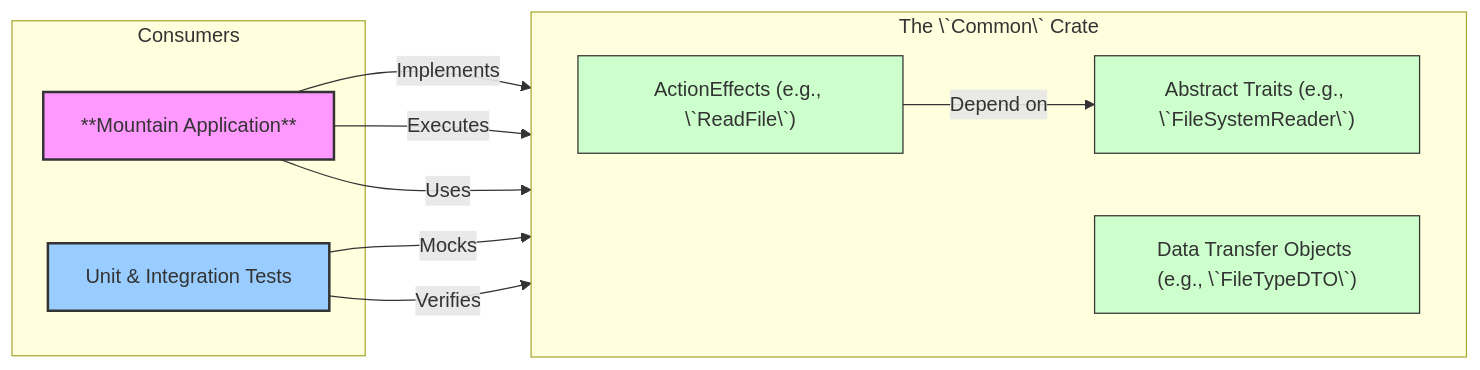
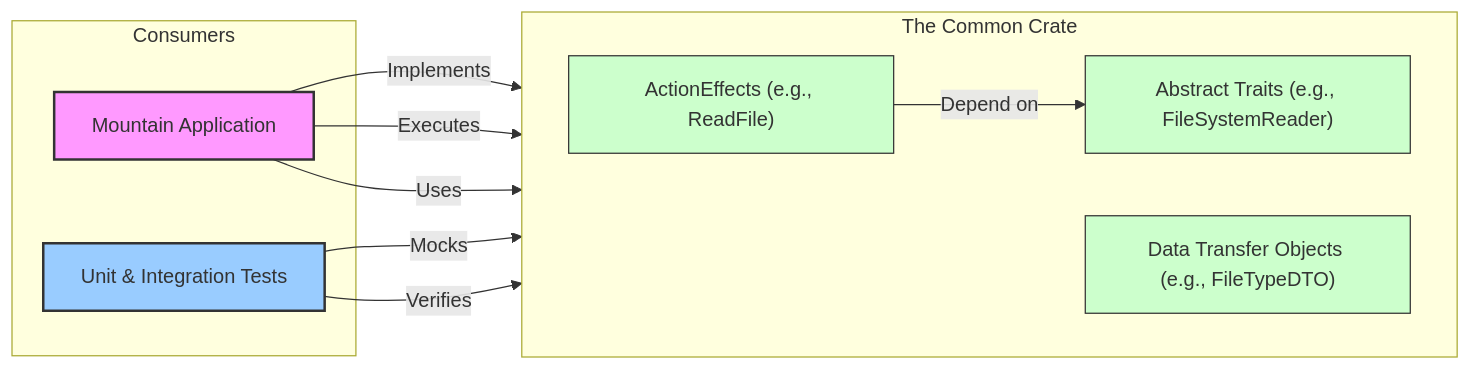
The diagram in README.md (CodeEditorLand/Common), drawn with Mermaid before and after one commit. The commit also changed other lines of this file, not shown here.

First line of the commit message:
docs(Common): Expand README with comprehensive documentation

````diff
--- a/README.md
+++ b/README.md
@@ -40,27 +190,27 @@
 ```mermaid
 graph LR
     classDef Mountain fill:#f9f,stroke:#333,stroke-width:2px;
     classDef Common fill:#cfc,stroke:#333,stroke-width:1px;
     classDef Consumer fill:#9cf,stroke:#333,stroke-width:2px;
 
-    subgraph "The \`Common\` Crate"
+    subgraph "The Common Crate"
         direction LR
-        Traits["Abstract Traits (e.g., \`FileSystemReader\`)"]:::Common
-        Effects["ActionEffects (e.g., \`ReadFile\`)"]:::Common
-        DTOs["Data Transfer Objects (e.g., \`FileTypeDTO\`)"]:::Common
+        Traits["Abstract Traits (e.g., FileSystemReader)"]:::Common
+        Effects["ActionEffects (e.g., ReadFile)"]:::Common
+        DTOs["Data Transfer Objects (e.g., FileTypeDTO)"]:::Common
 
         Effects -- Depend on --> Traits
     end
 
     subgraph "Consumers"
-        Mountain[**Mountain Application**]:::Mountain
+        Mountain[Mountain Application]:::Mountain
         Tests[Unit & Integration Tests]:::Consumer
     end
 
     Mountain -- Implements --> Traits
     Mountain -- Executes --> Effects
     Mountain -- Uses --> DTOs
 
     Tests -- Mocks --> Traits
     Tests -- Verifies --> Effects
 ```
````
